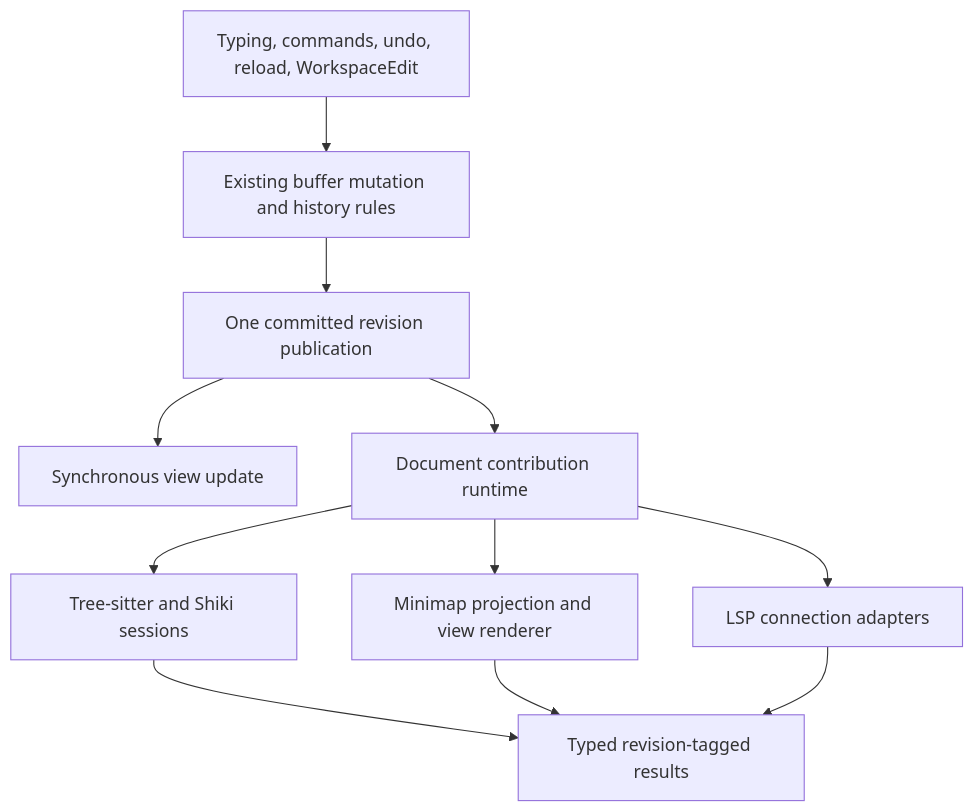
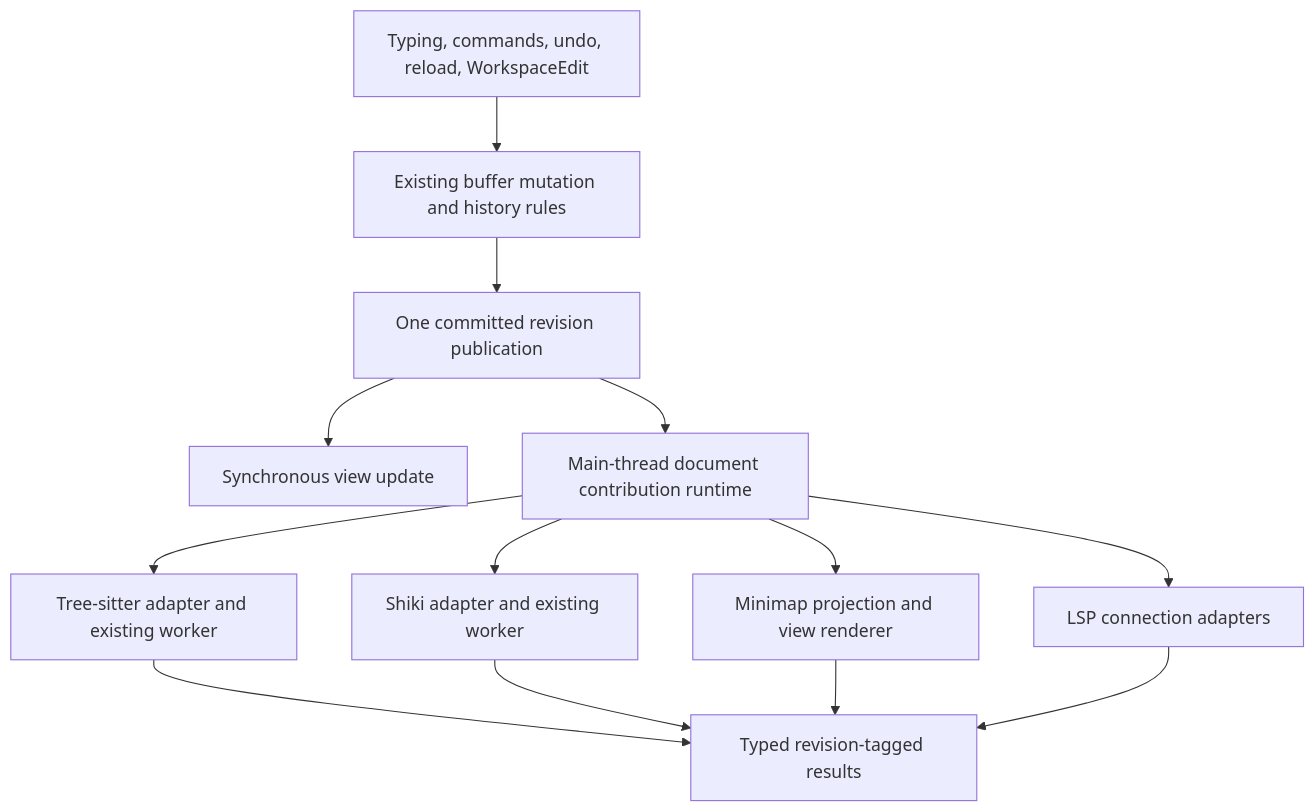
One commit to ShaulLavo/fregat changed the diagram in plans/099-document-contributions.md. Above: the diagram before and after it, drawn with Mermaid. The commit also changed other lines of this file and 18 other files, not shown here.

````diff
--- a/plans/099-document-contributions.md
+++ b/plans/099-document-contributions.md
@@ -80,13 +84,15 @@
 ```mermaid
 flowchart TD
     A[Typing, commands, undo, reload, WorkspaceEdit] --> B[Existing buffer mutation and history rules]
     B --> C[One committed revision publication]
     C --> D[Synchronous view update]
-    C --> E[Document contribution runtime]
-    E --> F[Tree-sitter and Shiki sessions]
+    C --> E[Main-thread document contribution runtime]
+    E --> F[Tree-sitter adapter and existing worker]
+    E --> J[Shiki adapter and existing worker]
     E --> G[Minimap projection and view renderer]
     E --> H[LSP connection adapters]
     F --> I[Typed revision-tagged results]
+    J --> I
     G --> I
     H --> I
 ```
````
